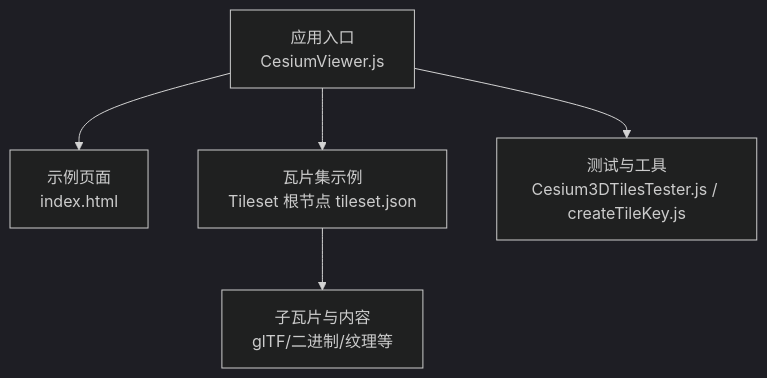
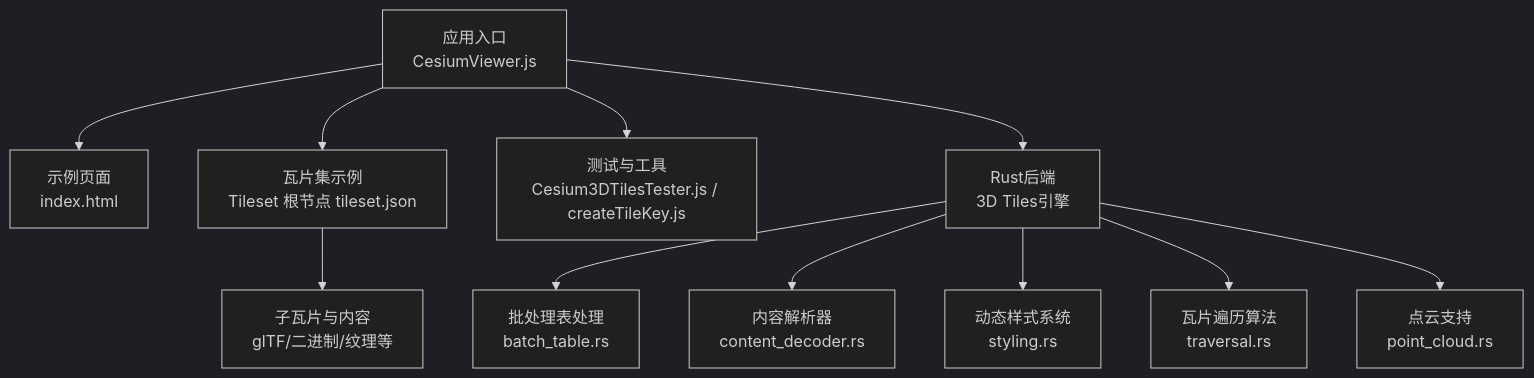
The first of 9 diagrams in .qoder/repowiki/zh/content/项目概述/核心特性/3D数据格式支持/3D Tiles标准支持/瓦片集管理.md (rzhangjing/cesium), drawn with Mermaid (dark theme) before and after one commit. The commit also changed other lines of this file and 30 other files, not shown here.

````diff
--- a/.qoder/repowiki/zh/content/项目概述/核心特性/3D数据格式支持/3D Tiles标准支持/瓦片集管理.md
+++ b/.qoder/repowiki/zh/content/项目概述/核心特性/3D数据格式支持/3D Tiles标准支持/瓦片集管理.md
@@ -61,7 +73,13 @@
 ```mermaid
 graph TB
 A["应用入口<br/>CesiumViewer.js"] --> B["示例页面<br/>index.html"]
 A --> C["瓦片集示例<br/>Tileset 根节点 tileset.json"]
 C --> D["子瓦片与内容<br/>glTF/二进制/纹理等"]
 A --> E["测试与工具<br/>Cesium3DTilesTester.js / createTileKey.js"]
+A --> F["Rust后端<br/>3D Tiles引擎"]
+F --> G["批处理表处理<br/>batch_table.rs"]
+F --> H["内容解析器<br/>content_decoder.rs"]
+F --> I["动态样式系统<br/>styling.rs"]
+F --> J["瓦片遍历算法<br/>traversal.rs"]
+F --> K["点云支持<br/>point_cloud.rs"]
 ```
````
